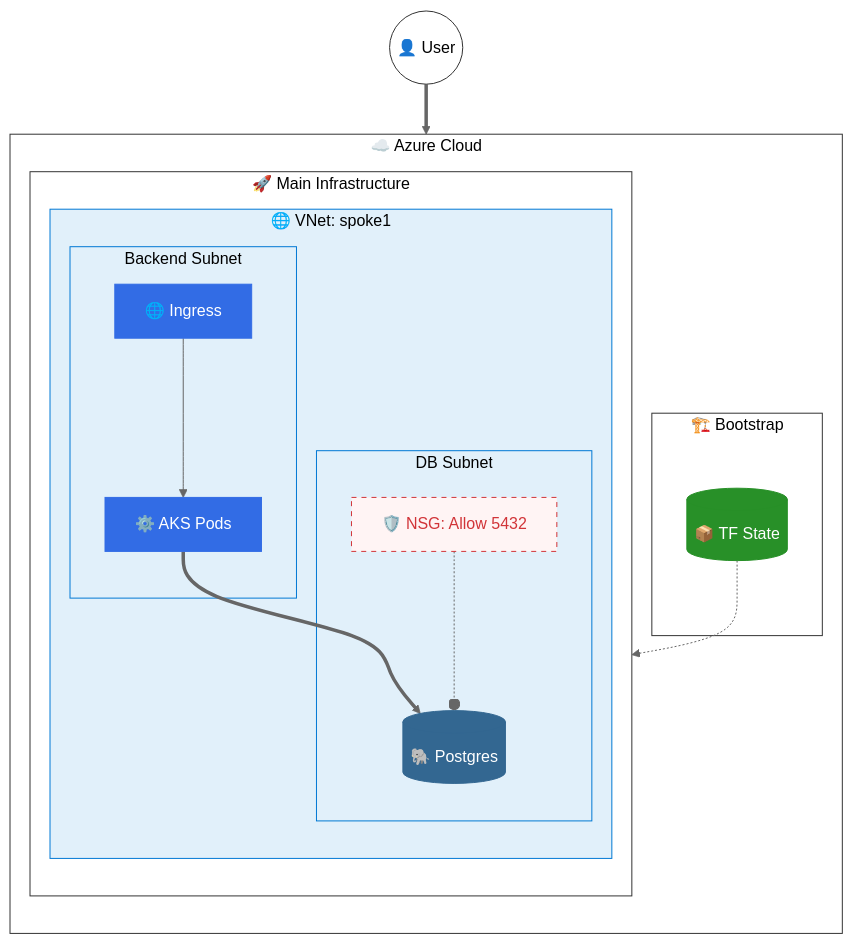
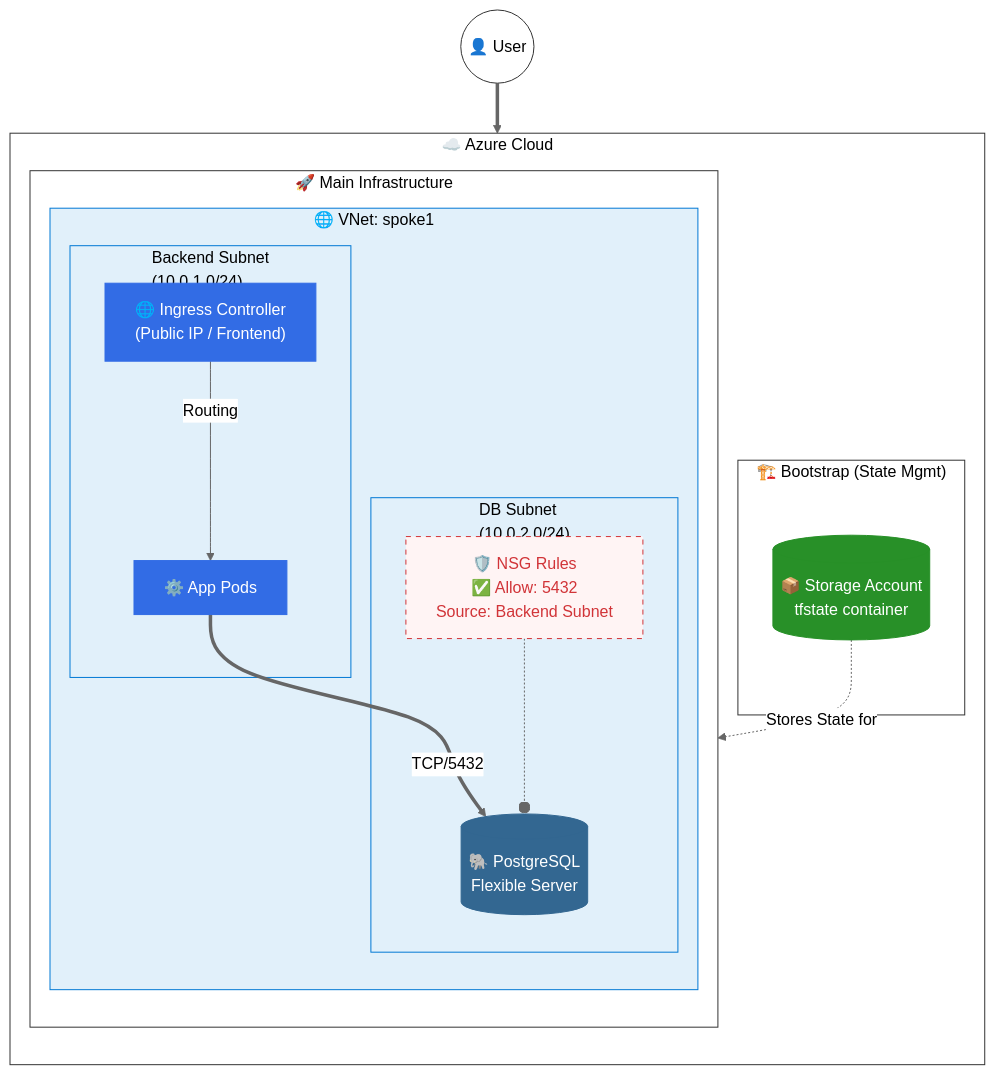
Before and after one commit to Jakubpet91/Orbit: the first of 2 diagrams in diagram.md, drawn with Mermaid (neutral theme).

Commit message:
docs: enhance diagram.md with detailed Azure infrastructure and styling definitions

````diff
--- a/diagram.md
+++ b/diagram.md
@@ -5,50 +5,57 @@
 ```mermaid
 flowchart TD
-    %% --- STYLY ---
+    %% --- DEFINICE BAREV A STYLŮ ---
+    %% Kontejnery (Bílé/Světlé pozadí -> ČERNÝ TEXT)
     classDef container fill:#fff,stroke:#333,color:#000
     classDef azure fill:#E1F0FA,stroke:#0078D4,color:#000
+    
+    %% Zdroje (Tmavé pozadí -> BÍLÝ TEXT)
     classDef resource fill:#326CE5,stroke:#326CE5,color:#fff
     classDef db fill:#336791,stroke:#336791,color:#fff
     classDef storage fill:#289028,stroke:#289028,color:#fff
+    
+    %% Security (Světle červené pozadí -> ČERVENÝ TEXT)
     classDef warning fill:#FFF4F4,stroke:#D13438,stroke-dasharray: 5 5,color:#D13438
 
     User((👤 User)):::container
 
-    %% --- CLOUD & INFRA ---
+    %% --- INFRASTRUKTURA ---
     subgraph Cloud["☁️ Azure Cloud"]
         direction TB
         
         %% Bootstrap
-        subgraph Bootstrap["🏗️ Bootstrap"]
-            TFState[("📦 TF State")]:::storage
+        subgraph Bootstrap["🏗️ Bootstrap (State Mgmt)"]
+            TFState[("📦 Storage Account<br/>tfstate container")]:::storage
         end
 
-        %% Main Infra
+        %% Main Infrastructure
         subgraph MainInfra["🚀 Main Infrastructure"]
             
-            subgraph VNet["🌐 VNet: spoke1"]
+            subgraph VNet["🌐 VNet: spoke1<br/>"]
                 
-                subgraph BE_Sub["Backend Subnet"]
-                    Ingress["🌐 Ingress"]:::resource
-                    App["⚙️ AKS Pods"]:::resource
+                subgraph BE_Sub["Backend Subnet<br/>(10.0.1.0/24)"]
+                    Ingress["🌐 Ingress Controller<br/>(Public IP / Frontend)"]:::resource
+                    App["⚙️ App Pods"]:::resource
                 end
 
-                subgraph DB_Sub["DB Subnet"]
-                    Postgres[("🐘 Postgres")]:::db
-                    NSG["🛡️ NSG: Allow 5432"]:::warning
+                subgraph DB_Sub["DB Subnet<br/>(10.0.2.0/24)"]
+                    Postgres[("🐘 PostgreSQL<br/>Flexible Server")]:::db
+                    NSG["🛡️ NSG Rules<br/>✅ Allow: 5432<br/>Source: Backend Subnet"]:::warning
                 end
             end
         end
     end
 
-    %% --- VAZBY ---
+    %% --- PROPOJENÍ (S POPISKY) ---
     User ==> Ingress
-    Ingress --> App
-    App ==> Postgres
+    Ingress -->|Routing| App
+    App ==>|TCP/5432| Postgres
+    
+    %% Logické vazby
     NSG -.-o Postgres
-    TFState -.-> MainInfra
+    TFState -.->|Stores State for| MainInfra
 
-    %% --- APLIKACE BAREV (Styling) ---
+    %% --- APLIKACE STYLŮ ---
     class Cloud,MainInfra,Bootstrap container
     class VNet,BE_Sub,DB_Sub azure
 ```
````
